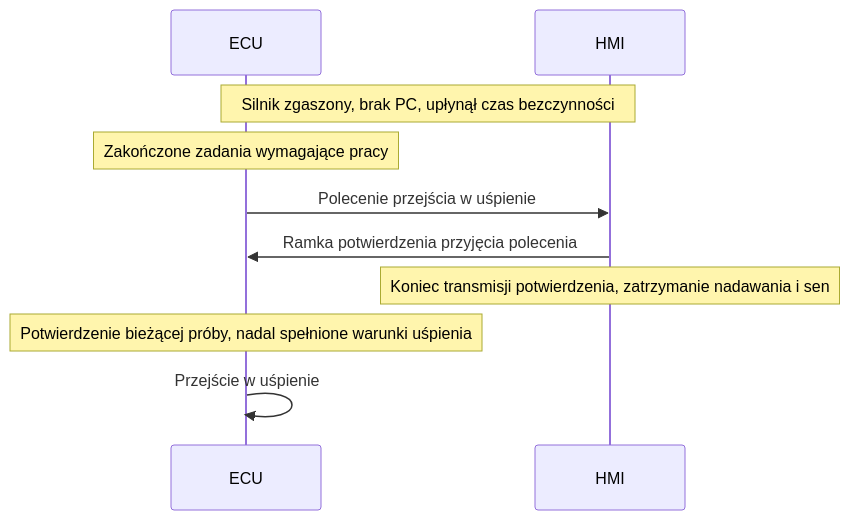
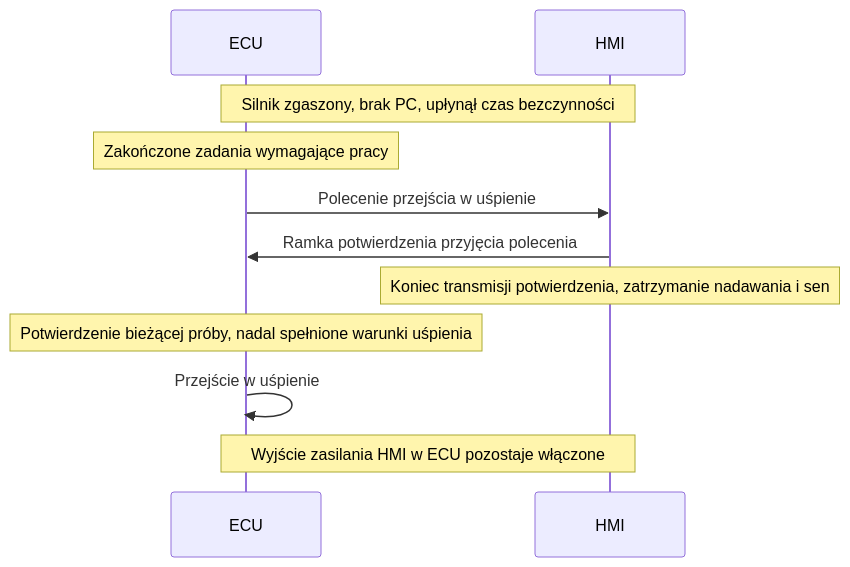
One commit to DustWorx/DustWorx-DustONE changed the diagram in docs/architecture/usypianie-ecu-hmi.md. Above: the diagram before and after it, drawn with Mermaid. The commit also changed other lines of this file, not shown here.

Commit message:
docs: zasilanie HMI pozostaje włączone w normalnym śnie, SYS-066

````diff
--- a/docs/architecture/usypianie-ecu-hmi.md
+++ b/docs/architecture/usypianie-ecu-hmi.md
@@ -9,12 +9,13 @@
 ```mermaid
 sequenceDiagram
     participant ECU
     participant HMI
     Note over ECU,HMI: Silnik zgaszony, brak PC, upłynął czas bezczynności
     Note over ECU: Zakończone zadania wymagające pracy
     ECU->>HMI: Polecenie przejścia w uśpienie
     HMI->>ECU: Ramka potwierdzenia przyjęcia polecenia
     Note over HMI: Koniec transmisji potwierdzenia, zatrzymanie nadawania i sen
     Note over ECU: Potwierdzenie bieżącej próby, nadal spełnione warunki uśpienia
     ECU->>ECU: Przejście w uśpienie
+    Note over ECU,HMI: Wyjście zasilania HMI w ECU pozostaje włączone
 ```
````
